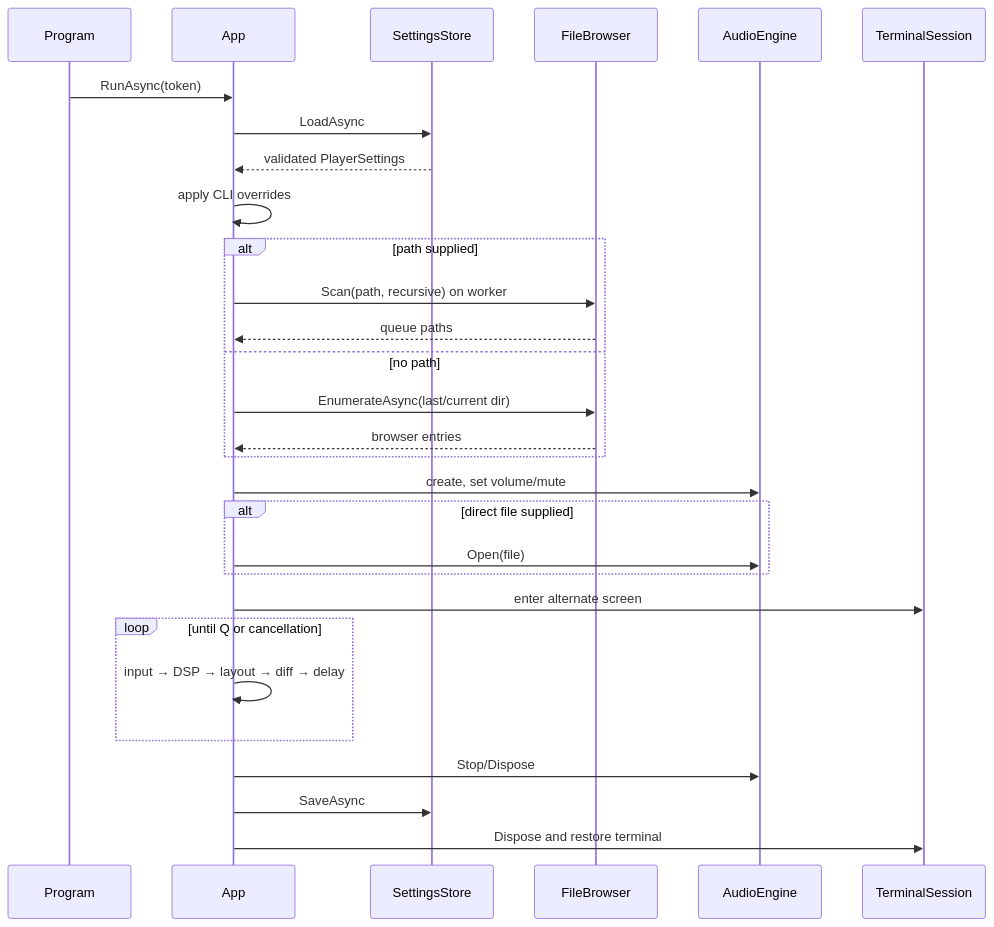
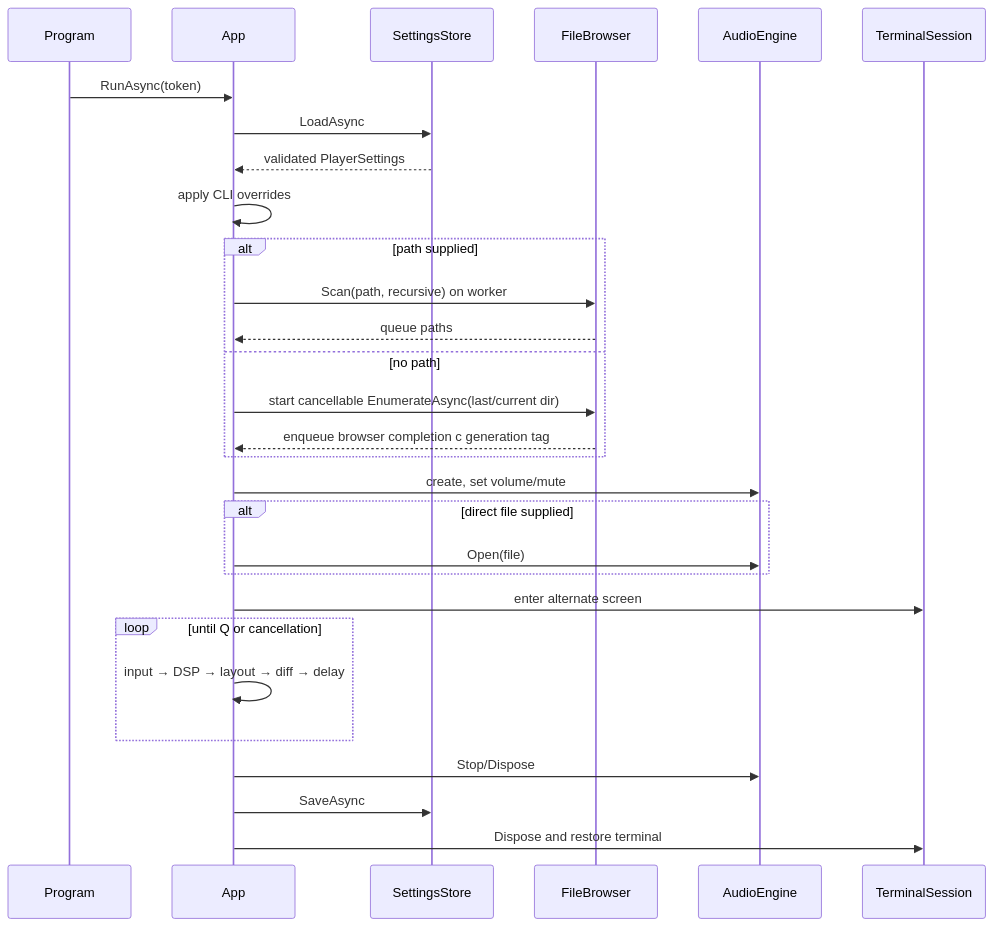
The second of 3 diagrams in docs/ARCHITECTURE.ru.md (Geckon01/YACPlayer), drawn with Mermaid before and after one commit. The commit also changed other lines of this file and 11 other files, not shown here.

````diff
--- a/docs/ARCHITECTURE.ru.md
+++ b/docs/ARCHITECTURE.ru.md
@@ -96,32 +96,32 @@
 ```mermaid
 sequenceDiagram
     participant P as Program
     participant A as App
     participant S as SettingsStore
     participant B as FileBrowser
     participant E as AudioEngine
     participant T as TerminalSession
 
     P->>A: RunAsync(token)
     A->>S: LoadAsync
     S-->>A: validated PlayerSettings
     A->>A: apply CLI overrides
     alt path supplied
         A->>B: Scan(path, recursive) on worker
         B-->>A: queue paths
     else no path
-        A->>B: EnumerateAsync(last/current dir)
-        B-->>A: browser entries
+        A->>B: start cancellable EnumerateAsync(last/current dir)
+        B-->>A: enqueue browser completion с generation tag
     end
     A->>E: create, set volume/mute
     alt direct file supplied
         A->>E: Open(file)
     end
     A->>T: enter alternate screen
     loop until Q or cancellation
         A->>A: input → DSP → layout → diff → delay
     end
     A->>E: Stop/Dispose
     A->>S: SaveAsync
     A->>T: Dispose and restore terminal
 ```
````
